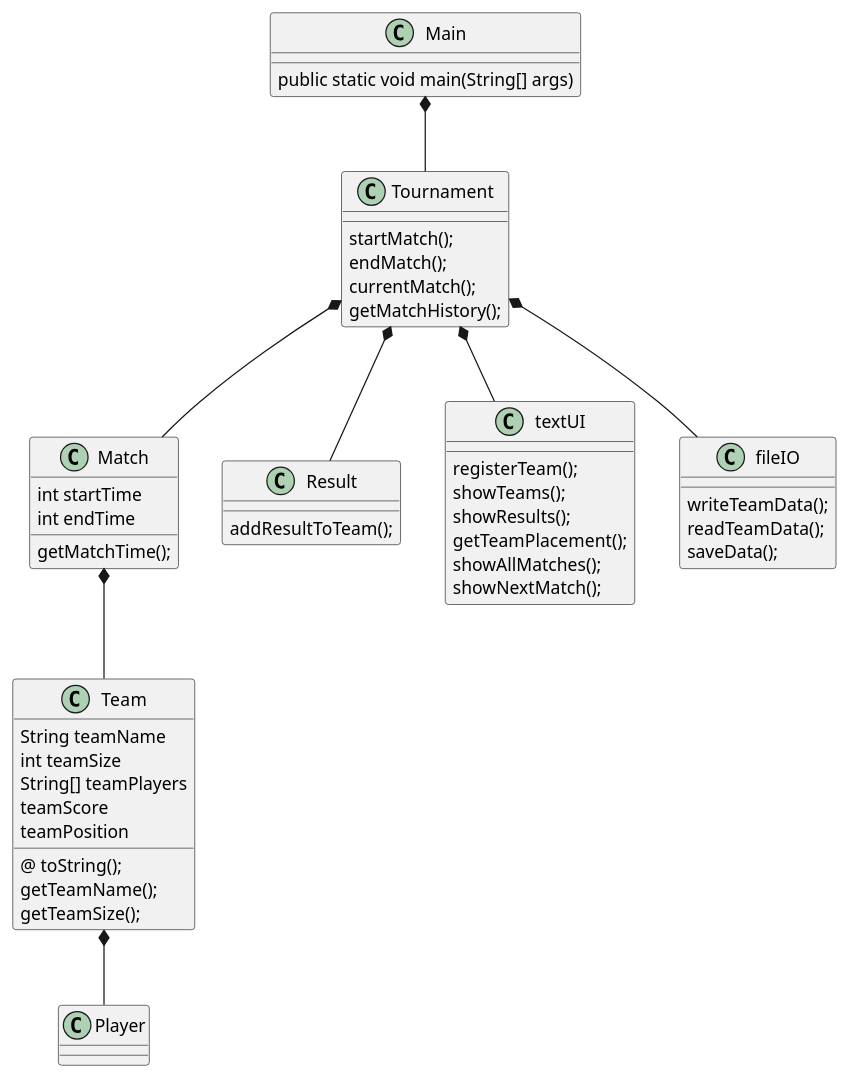
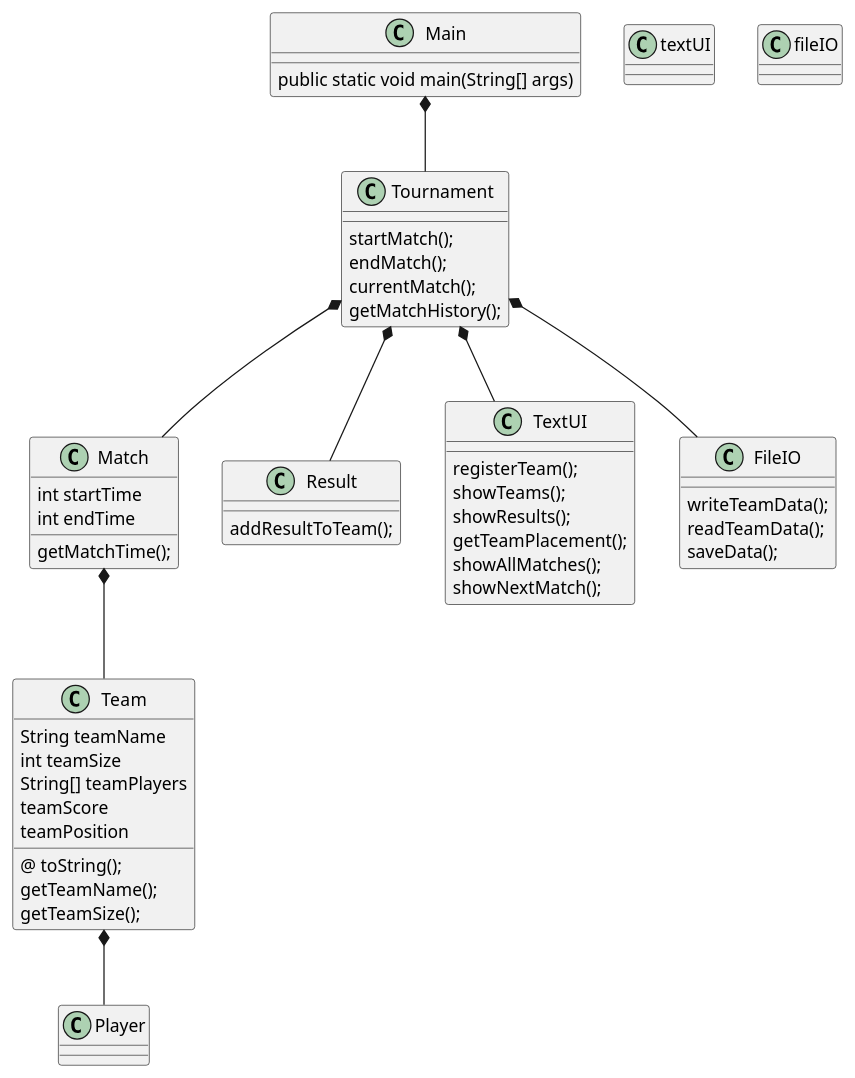
The diagram in out/production/SP3_bordfodboldturnering/com/company/documintation/ClassDiagram.puml (HelenaLykstoft/SP3_bordfodboldturnering), drawn with PlantUML before and after one commit. The commit also changed 7 other files, not shown here.

```diff
--- a/out/production/SP3_bordfodboldturnering/com/company/documintation/ClassDiagram.puml
+++ b/out/production/SP3_bordfodboldturnering/com/company/documintation/ClassDiagram.puml
@@ -1,51 +1,51 @@
 @startuml
 'https://plantuml.com/class-diagram
 class Tournament
 class Match
 class Result
 class textUI
 class fileIO
 class Team
 
 
 Main *-- Tournament
 Tournament *-- Match
 Match *-- Team
 Tournament *-- Result
-Tournament *-- textUI
-Tournament *-- fileIO
+Tournament *-- TextUI
+Tournament *-- FileIO
 Team *-- Player
 
 Main : public static void main(String[] args)
 
 Tournament : startMatch();
 Tournament : endMatch();
 Tournament : currentMatch();
 Tournament : getMatchHistory();
 
 Match : int startTime
 Match : int endTime
 Match : getMatchTime();
 
 Result : addResultToTeam();
 
-textUI : registerTeam();
-textUI : showTeams();
-textUI : showResults();
-textUI : getTeamPlacement();
-textUI : showAllMatches();
-textUI : showNextMatch();
+TextUI : registerTeam();
+TextUI : showTeams();
+TextUI : showResults();
+TextUI : getTeamPlacement();
+TextUI : showAllMatches();
+TextUI : showNextMatch();
 
-fileIO : writeTeamData();
-fileIO : readTeamData();
-fileIO : saveData();
+FileIO : writeTeamData();
+FileIO : readTeamData();
+FileIO : saveData();
 
 Team : String teamName
 Team : int teamSize
 Team : String[] teamPlayers
 Team : teamScore
 Team : teamPosition
 Team : @ toString();
 Team : getTeamName();
 Team : getTeamSize();
 @enduml
```
